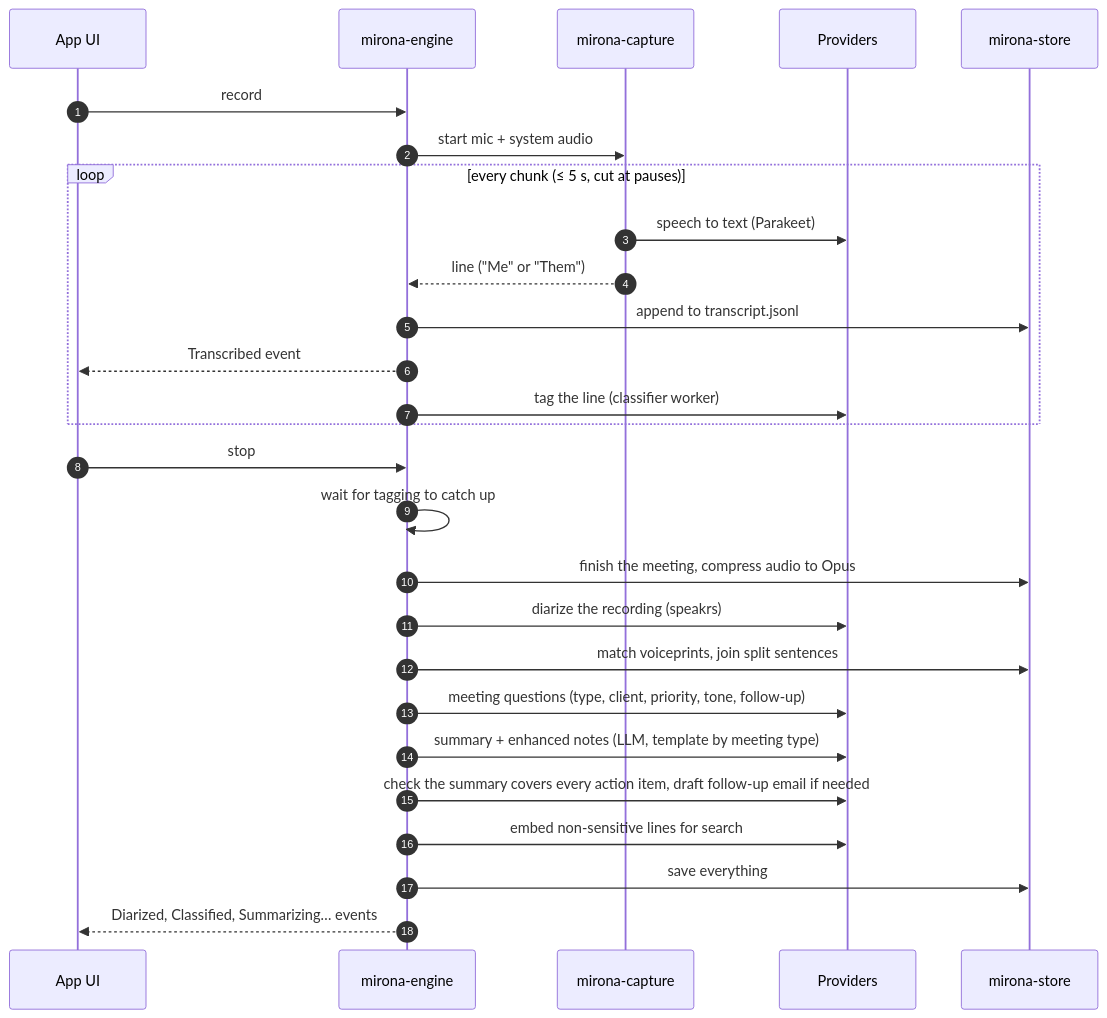
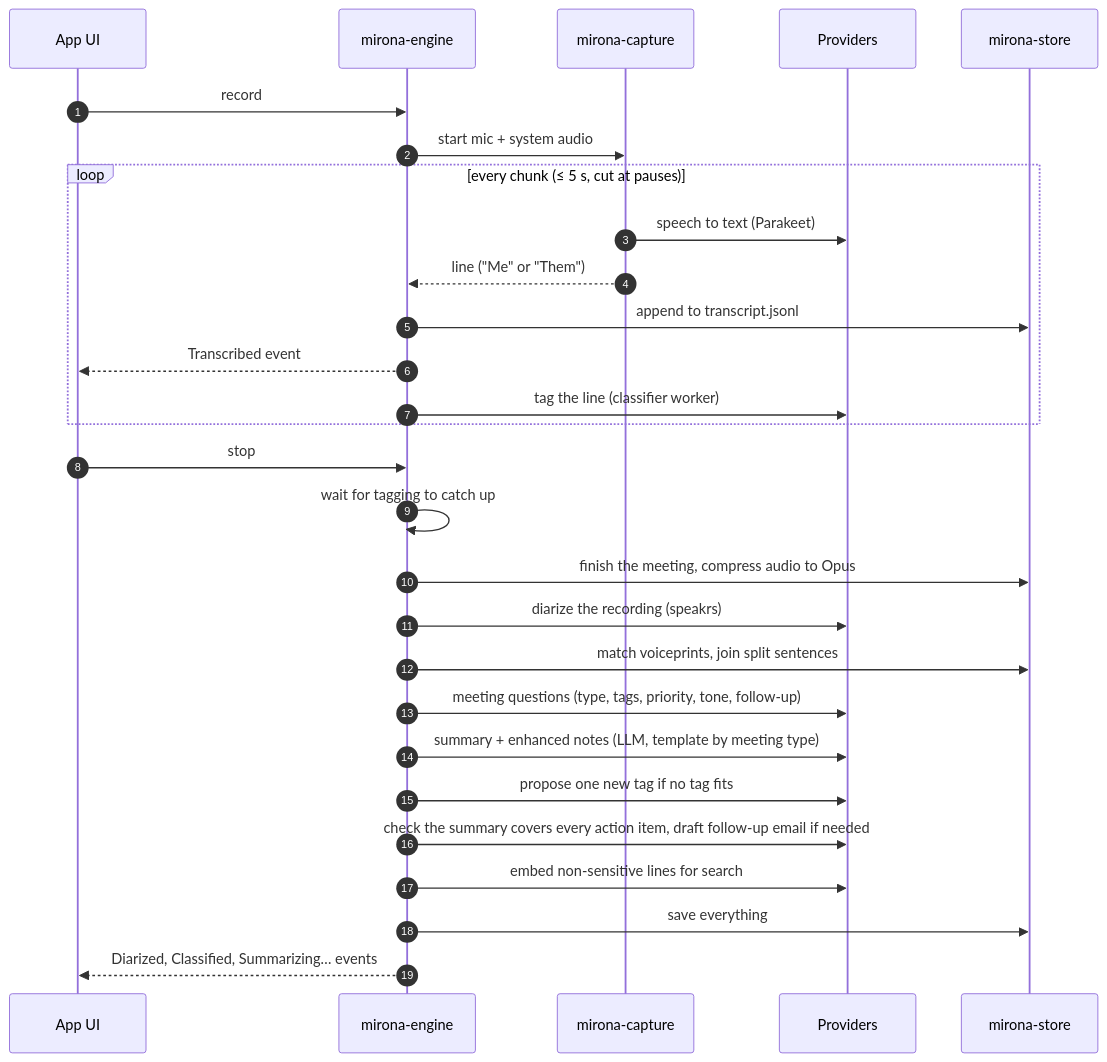
The second of 3 diagrams in docs/architecture.md (aryan-curiel/mirona), drawn with Mermaid before and after one commit. The commit also changed other lines of this file and 52 other files, not shown here.

````diff
--- a/docs/architecture.md
+++ b/docs/architecture.md
@@ -44,30 +44,31 @@
 ```mermaid
 sequenceDiagram
     autonumber
     participant UI as App UI
     participant E as mirona-engine
     participant C as mirona-capture
     participant P as Providers
     participant S as mirona-store
 
     UI->>E: record
     E->>C: start mic + system audio
     loop every chunk (≤ 5 s, cut at pauses)
         C->>P: speech to text (Parakeet)
         C-->>E: line ("Me" or "Them")
         E->>S: append to transcript.jsonl
         E-->>UI: Transcribed event
         E->>P: tag the line (classifier worker)
     end
     UI->>E: stop
     E->>E: wait for tagging to catch up
     E->>S: finish the meeting, compress audio to Opus
     E->>P: diarize the recording (speakrs)
     E->>S: match voiceprints, join split sentences
-    E->>P: meeting questions (type, client, priority, tone, follow-up)
+    E->>P: meeting questions (type, tags, priority, tone, follow-up)
     E->>P: summary + enhanced notes (LLM, template by meeting type)
+    E->>P: propose one new tag if no tag fits
     E->>P: check the summary covers every action item, draft follow-up email if needed
     E->>P: embed non-sensitive lines for search
     E->>S: save everything
     E-->>UI: Diarized, Classified, Summarizing… events
 ```
````
